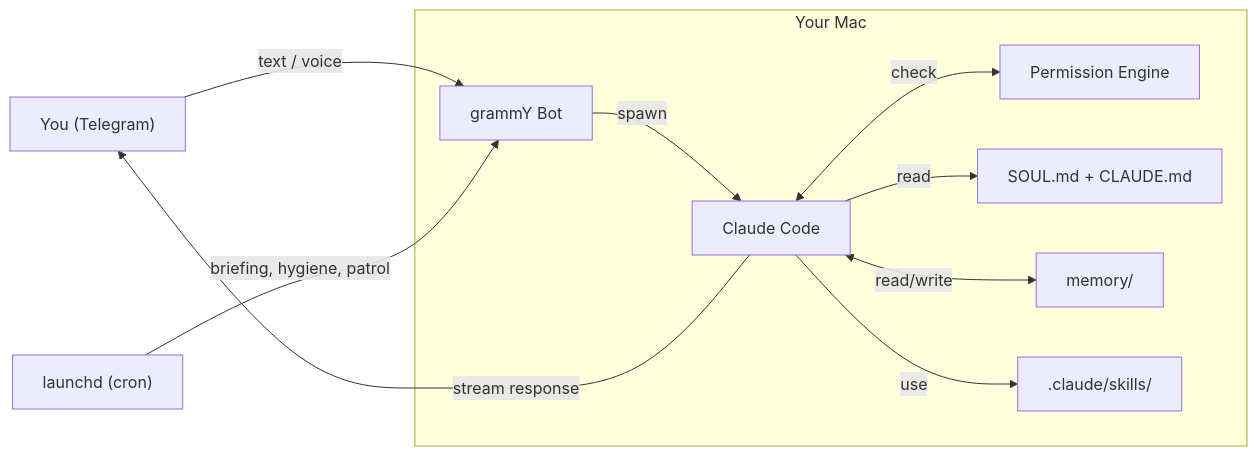
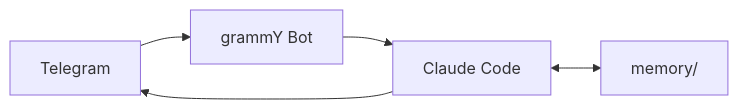
The diagram in README.md (akramsaouri/hamid), drawn with Mermaid before and after one commit.

Commit message:
Simplify architecture diagram

````diff
--- a/README.md
+++ b/README.md
@@ -35,16 +35,5 @@
 ```mermaid
 graph LR
-    U["You (Telegram)"] -->|text / voice| Bot
-    Schedule["launchd (cron)"] -->|briefing, hygiene, patrol| Bot
-
-    subgraph Your Mac
-        Bot["grammY Bot"]
-        Bot -->|spawn| CC["Claude Code"]
-        CC <-->|check| Perm["Permission Engine"]
-        CC -->|read| Soul["SOUL.md + CLAUDE.md"]
-        CC <-->|read/write| Mem["memory/"]
-        CC -->|use| Skills[".claude/skills/"]
-    end
-
-    CC -->|stream response| U
+    You["Telegram"] --> Bot["grammY Bot"] --> CC["Claude Code"] --> You
+    CC <--> Mem["memory/"]
 ```
````
